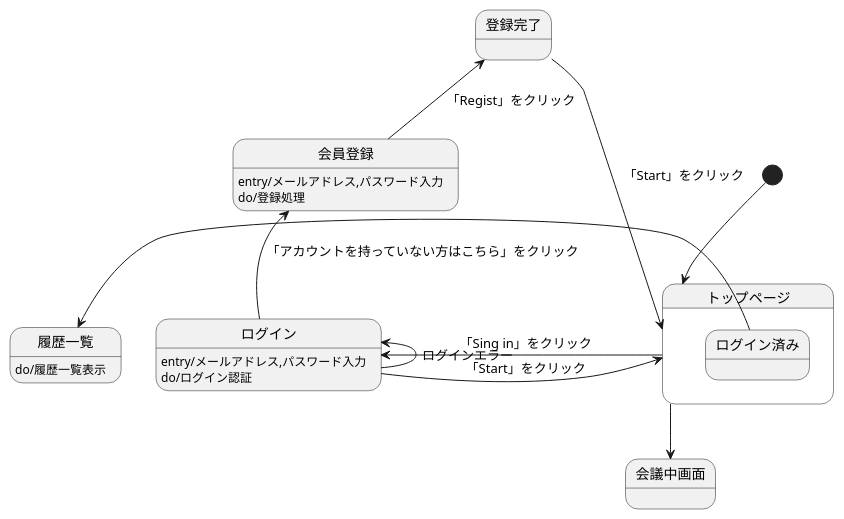
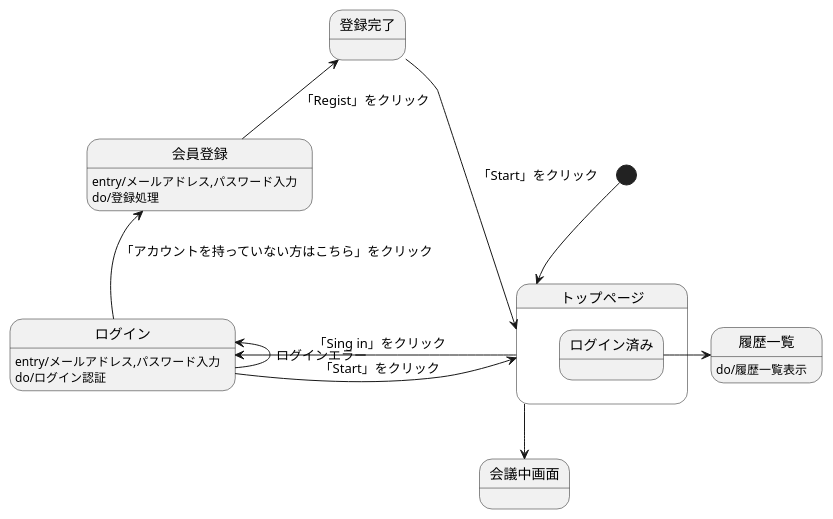
One commit to Aso2001031/2021sys-design changed the diagram in 画面遷移図.md. Above: the diagram before and after it, drawn with PlantUML.

````diff
--- a/画面遷移図.md
+++ b/画面遷移図.md
@@ -1,32 +1,32 @@
 ```uml
 @startuml
 
 [*] -down-> トップページ
 
 State トップページ {
   state ログイン済み {
   
   }
 }
 トップページ -right-> ログイン :「Sing in」をクリック
 トップページ -down-> 会議中画面
 
 
 ログイン : entry/メールアドレス,パスワード入力
 ログイン : do/ログイン認証
 ログイン -left-> トップページ :「Start」をクリック
 ログイン -up-> 会員登録 :「アカウントを持っていない方はこちら」をクリック
 ログイン -up-> ログイン :ログインエラー
 
 会員登録 : entry/メールアドレス,パスワード入力
 会員登録 : do/登録処理
 会員登録 -up-> 登録完了 : 「Regist」をクリック
 
 登録完了 -> トップページ :「Start」をクリック
 
-ログイン済み -left-> 履歴一覧
+ログイン済み -> 履歴一覧
 
 履歴一覧 :do/履歴一覧表示
 
 @enduml
 ```
````
